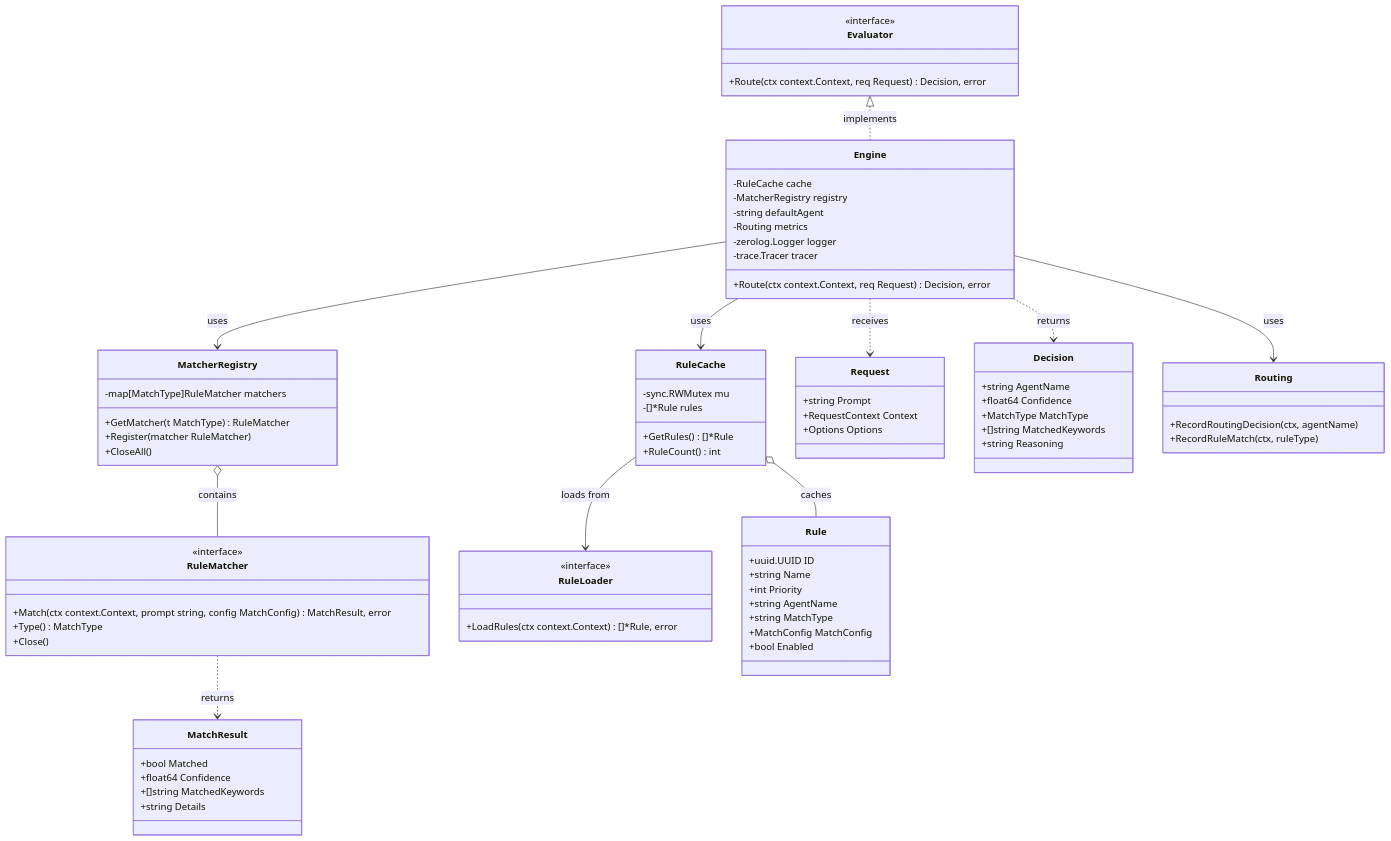
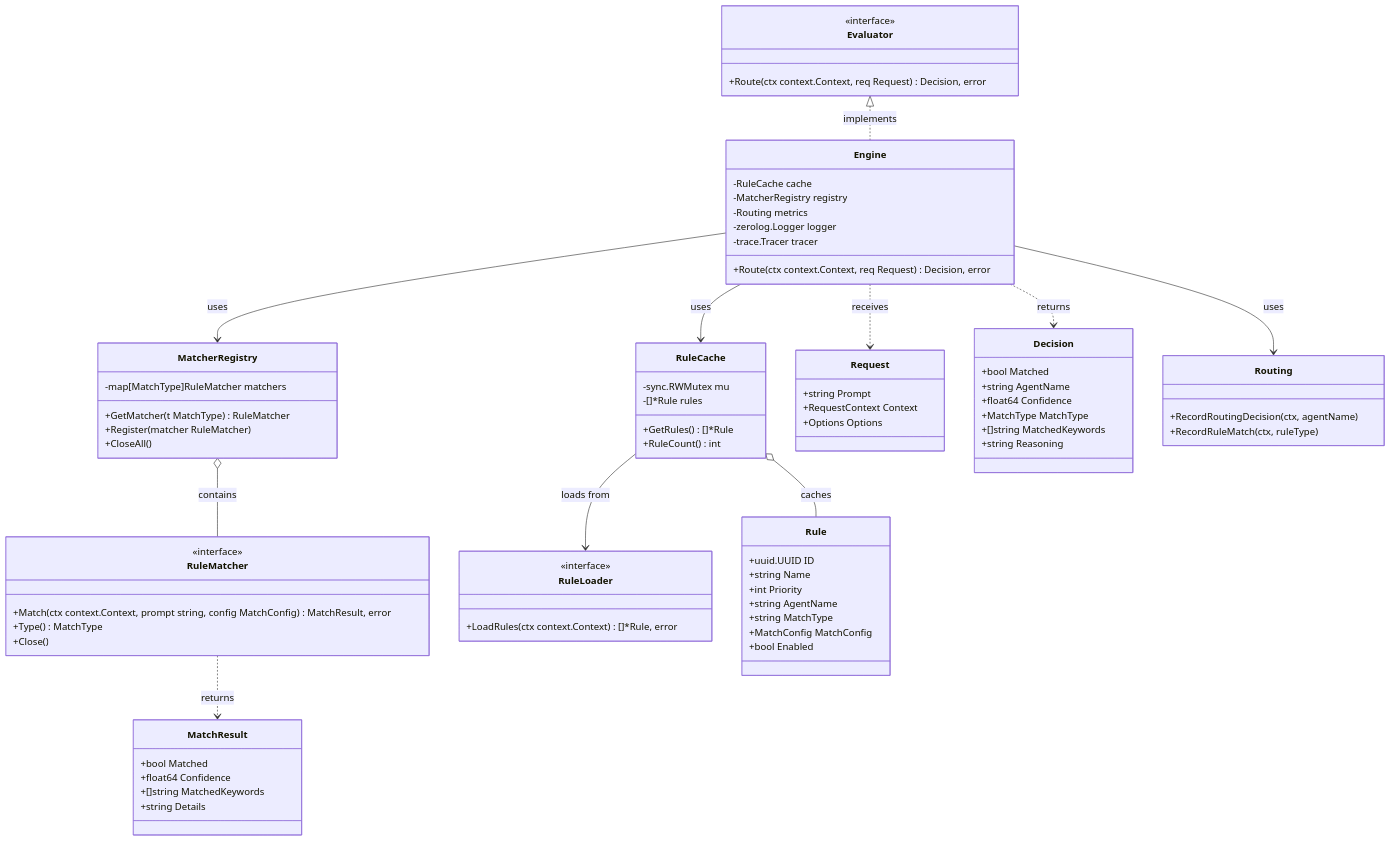
The fifth of 18 diagrams in docs/design/routing-engine.md (twistingmercury/mnemonic-mcp), drawn with Mermaid before and after one commit. The commit also changed other lines of this file and 26 other files, not shown here.

```diff
--- a/docs/design/routing-engine.md
+++ b/docs/design/routing-engine.md
@@ -316,7 +302,6 @@
     class Engine {
         -RuleCache cache
         -MatcherRegistry registry
-        -string defaultAgent
         -Routing metrics
         -zerolog.Logger logger
         -trace.Tracer tracer
@@ -356,6 +341,7 @@
     }
 
     class Decision {
+        +bool Matched
         +string AgentName
         +float64 Confidence
         +MatchType MatchType
```
